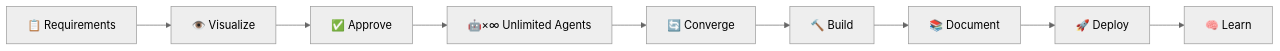
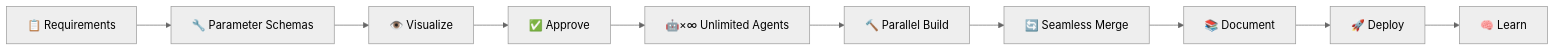
The first of 2 diagrams in workflows/multi-agent-builder/README.md (sphinxcode/workflows), drawn with Mermaid (neutral theme) before and after one commit. The commit also changed other lines of this file and 3 other files, not shown here.

First line of the commit message:
feat: parameter-first parallel development - the missing link

````diff
--- a/workflows/multi-agent-builder/README.md
+++ b/workflows/multi-agent-builder/README.md
@@ -11,11 +11,12 @@
 ```mermaid
 graph LR
-    WRD[📋 Requirements] --> VIZ[👁️ Visualize]
+    WRD[📋 Requirements] --> SCHEMA[🔧 Parameter Schemas]
+    SCHEMA --> VIZ[👁️ Visualize]
     VIZ --> APP[✅ Approve]
     APP --> AGENTS[🤖×∞ Unlimited Agents]
-    AGENTS --> CONV[🔄 Converge]
-    CONV --> BUILD[🔨 Build]
-    BUILD --> DOCS[📚 Document]
+    AGENTS --> BUILD[🔨 Parallel Build]
+    BUILD --> CONV[🔄 Seamless Merge]
+    CONV --> DOCS[📚 Document]
     DOCS --> DEPLOY[🚀 Deploy]
     DEPLOY --> LEARN[🧠 Learn]
 ```
````
